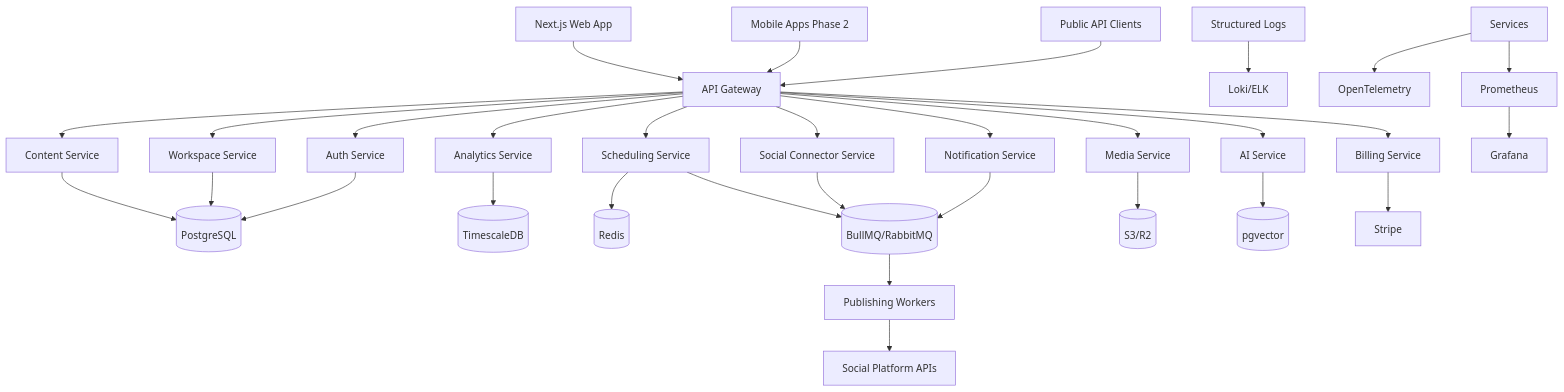
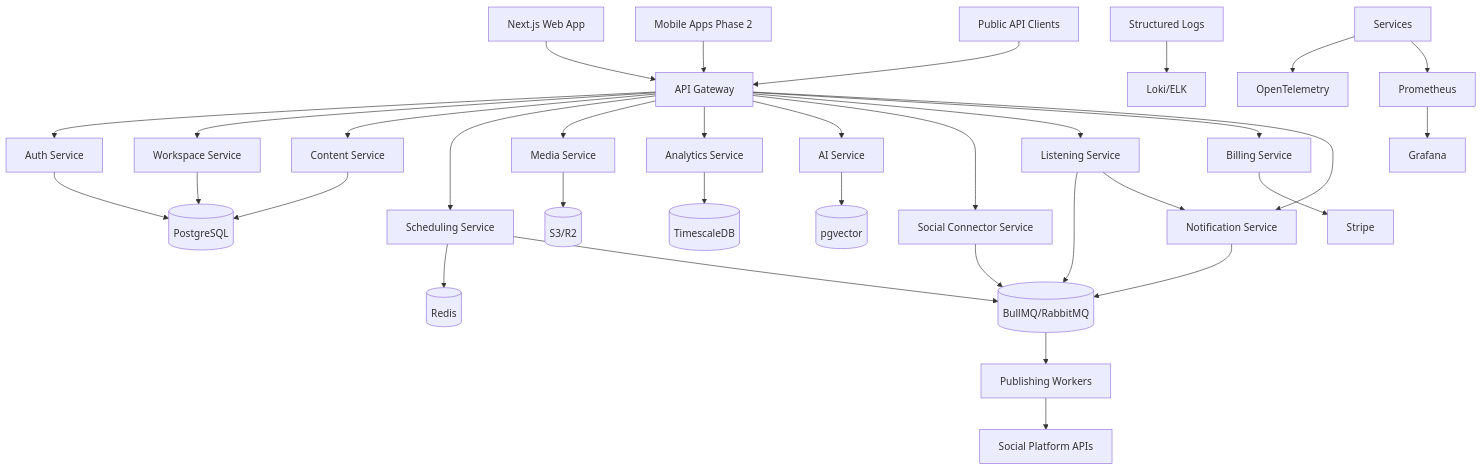
One commit to DevAbhishek11/Ai-SSM-Platfrom-SaaS changed the first of 8 diagrams in docs/architecture/system-architecture.md. Above: the diagram before and after it, drawn with Mermaid. The commit also changed other lines of this file and 49 other files, not shown here.

````diff
--- a/docs/architecture/system-architecture.md
+++ b/docs/architecture/system-architecture.md
@@ -17,36 +17,39 @@
 ```mermaid
 flowchart TB
   web[Next.js Web App] --> gateway[API Gateway]
   mobile[Mobile Apps Phase 2] --> gateway
   publicApi[Public API Clients] --> gateway
 
   gateway --> auth[Auth Service]
   gateway --> workspace[Workspace Service]
   gateway --> content[Content Service]
   gateway --> scheduler[Scheduling Service]
   gateway --> media[Media Service]
   gateway --> analytics[Analytics Service]
   gateway --> ai[AI Service]
   gateway --> social[Social Connector Service]
+  gateway --> listening[Listening Service]
   gateway --> billing[Billing Service]
   gateway --> notification[Notification Service]
 
   content --> postgres[(PostgreSQL)]
   workspace --> postgres
   auth --> postgres
   analytics --> timescale[(TimescaleDB)]
   scheduler --> redis[(Redis)]
   scheduler --> queue[(BullMQ/RabbitMQ)]
   media --> objectStore[(S3/R2)]
   ai --> vector[(pgvector)]
   social --> queue
+  listening --> queue
+  listening --> notification
   notification --> queue
   billing --> stripe[Stripe]
   queue --> publisher[Publishing Workers]
   publisher --> platforms[Social Platform APIs]
 
   apiLogs[Structured Logs] --> loki[Loki/ELK]
   services[Services] --> otel[OpenTelemetry]
   services --> prometheus[Prometheus]
   prometheus --> grafana[Grafana]
 ```
````
